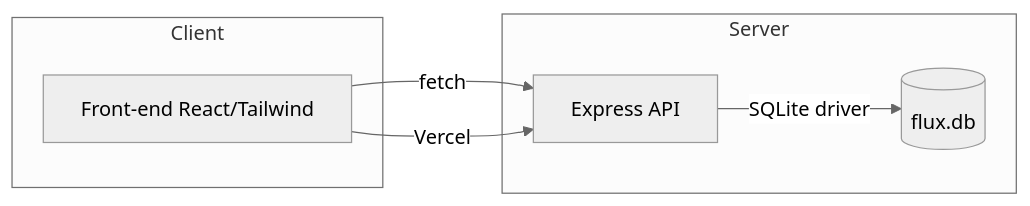
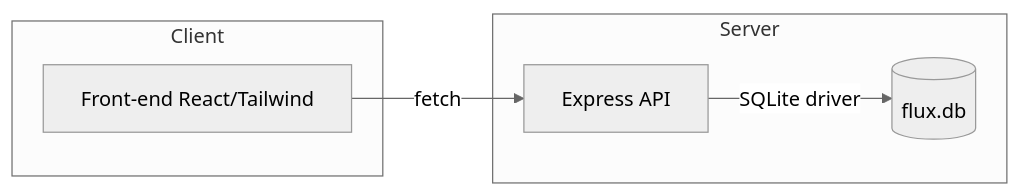
One commit to Aragao21/Flux changed the first of 3 diagrams in docs/architecture.md. Above: the diagram before and after it, drawn with Mermaid (neutral theme). The commit also changed other lines of this file, not shown here.

Commit message:
Update architecture.md 2

````diff
--- a/docs/architecture.md
+++ b/docs/architecture.md
@@ -23,13 +29,12 @@
 ```mermaid
 graph LR
   UI[Front-end React/Tailwind] -- fetch --> API[Express API]
-  UI -- Vercel --> API
   API -- SQLite driver --> DB[(flux.db)]
   subgraph Client
     UI
   end
   subgraph Server
     API
     DB
   end
 ```
````
